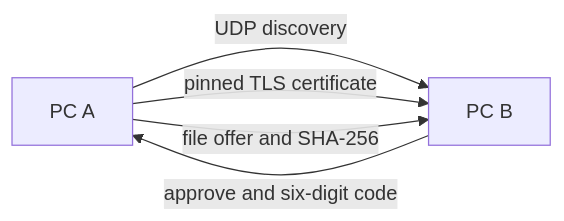
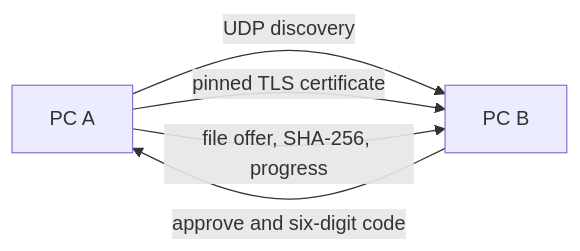
One commit to SMR-2009/lanbridge changed the diagram in README.md. Above: the diagram before and after it, drawn with Mermaid. The commit also changed other lines of this file and 2 other files, not shown here.

````diff
--- a/README.md
+++ b/README.md
@@ -106,7 +126,7 @@
 ```mermaid
 flowchart LR
   A[PC A] -- UDP discovery --> B[PC B]
   A -- pinned TLS certificate --> B
   B -- approve and six-digit code --> A
-  A -- file offer and SHA-256 --> B
+  A -- file offer, SHA-256, progress --> B
 ```
````
